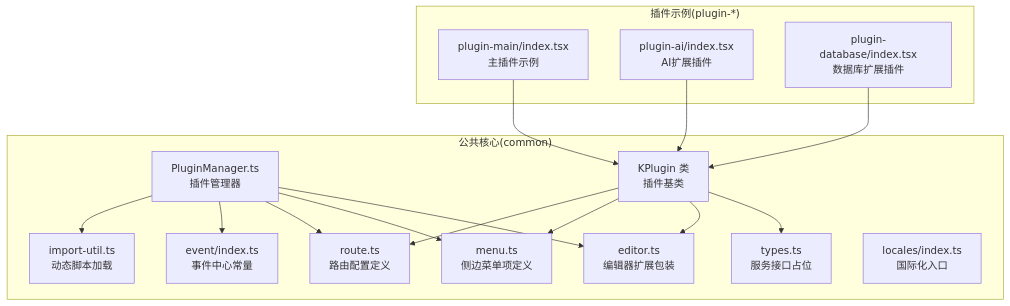
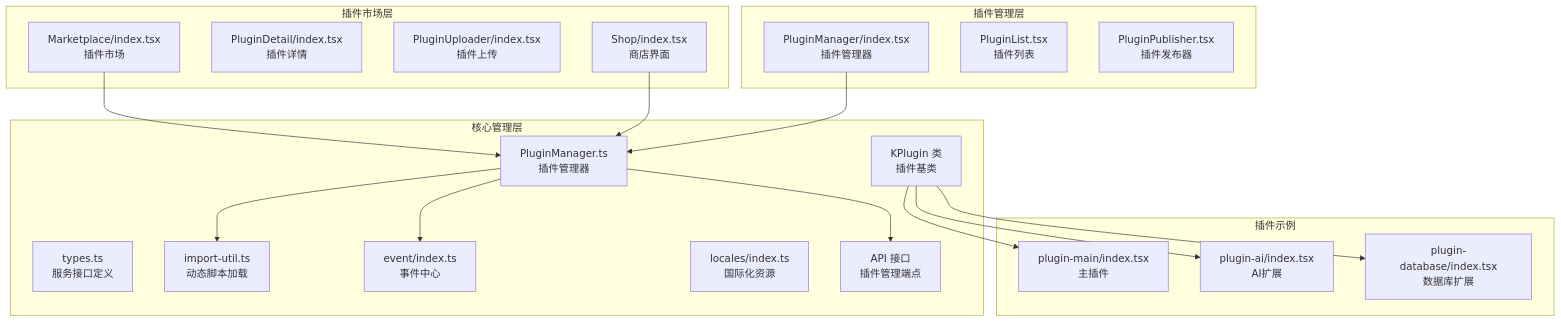
Before and after one commit to LRF0422/Kotion: the first of 5 diagrams in .qoder/repowiki/zh/content/核心模块/插件管理系统.md, drawn with Mermaid. The commit also changed other lines of this file and 75 other files, not shown here.

````diff
--- a/.qoder/repowiki/zh/content/核心模块/插件管理系统.md
+++ b/.qoder/repowiki/zh/content/核心模块/插件管理系统.md
@@ -41,31 +54,37 @@
 ```mermaid
 graph TB
-subgraph "公共核心(common)"
+subgraph "核心管理层"
 PM["PluginManager.ts<br/>插件管理器"]
 KC["KPlugin 类<br/>插件基类"]
-TYPES["types.ts<br/>服务接口占位"]
-EDITOR["editor.ts<br/>编辑器扩展包装"]
-MENU["menu.ts<br/>侧边菜单项定义"]
-ROUTE["route.ts<br/>路由配置定义"]
+TYPES["types.ts<br/>服务接口定义"]
 IMPORT["import-util.ts<br/>动态脚本加载"]
-EVENT["event/index.ts<br/>事件中心常量"]
-LOCALE["locales/index.ts<br/>国际化入口"]
+EVENT["event/index.ts<br/>事件中心"]
+LOCALE["locales/index.ts<br/>国际化资源"]
+ENDPOINT["API 接口<br/>插件管理端点"]
 end
-subgraph "插件示例(plugin-*)"
-MAIN["plugin-main/index.tsx<br/>主插件示例"]
-AI["plugin-ai/index.tsx<br/>AI扩展插件"]
-DB["plugin-database/index.tsx<br/>数据库扩展插件"]
+subgraph "插件市场层"
+MARKET["Marketplace/index.tsx<br/>插件市场"]
+DETAIL["PluginDetail/index.tsx<br/>插件详情"]
+UPLOAD["PluginUploader/index.tsx<br/>插件上传"]
+SHOP["Shop/index.tsx<br/>商店界面"]
+end
+subgraph "插件管理层"
+PMANAGER["PluginManager/index.tsx<br/>插件管理器"]
+PLIST["PluginList.tsx<br/>插件列表"]
+PUBLISHER["PluginPublisher.tsx<br/>插件发布器"]
+end
+subgraph "插件示例"
+MAIN["plugin-main/index.tsx<br/>主插件"]
+AI["plugin-ai/index.tsx<br/>AI扩展"]
+DB["plugin-database/index.tsx<br/>数据库扩展"]
 end
 PM --> IMPORT
 PM --> EVENT
-PM --> ROUTE
-PM --> MENU
-PM --> EDITOR
-KC --> ROUTE
-KC --> MENU
-KC --> EDITOR
-KC --> TYPES
-MAIN --> KC
-AI --> KC
-DB --> KC
+PM --> ENDPOINT
+MARKET --> PM
+SHOP --> PM
+PMANAGER --> PM
+KC --> MAIN
+KC --> AI
+KC --> DB
 ```
````
